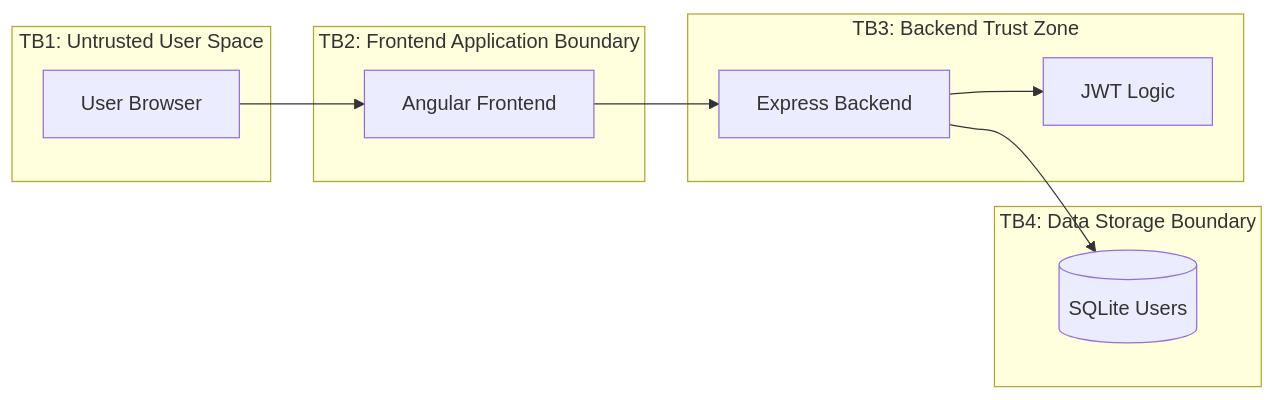
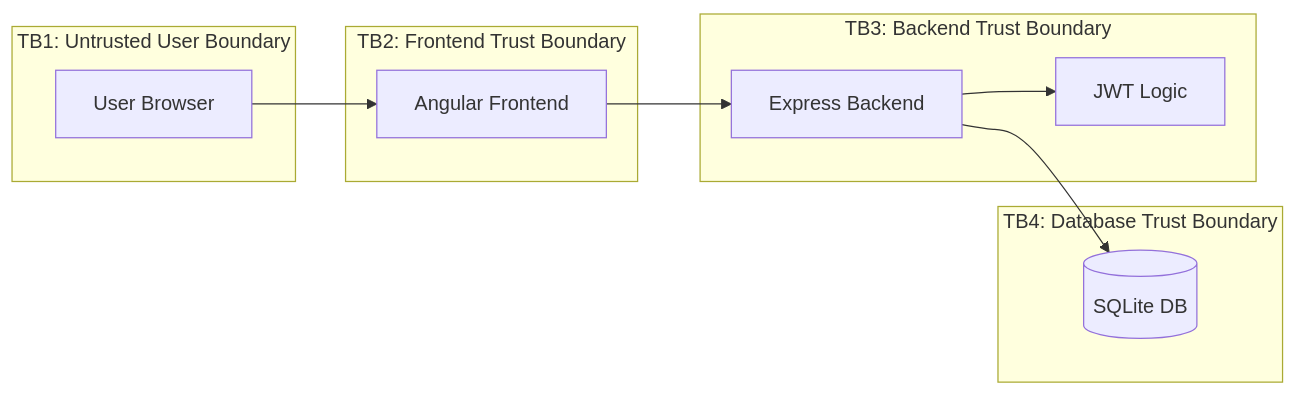
Before and after one commit to JosephJ12/CTF-Walkthroughs: the third of 3 diagrams in Cybersecurity-Portfolio/Threat Modeling - OWASP Juice Shop/README.md, drawn with Mermaid. The commit also changed other lines of this file, not shown here.

````diff
--- a/Cybersecurity-Portfolio/Threat Modeling - OWASP Juice Shop/README.md
+++ b/Cybersecurity-Portfolio/Threat Modeling - OWASP Juice Shop/README.md
@@ -84,24 +83,24 @@
 ```mermaid
 flowchart LR
-    subgraph TB1["TB1: Untrusted User Space"]
+    subgraph TB1["TB1: Untrusted User Boundary"]
         U[User Browser]
     end
 
-    subgraph TB2["TB2: Frontend Application Boundary"]
+    subgraph TB2["TB2: Frontend Trust Boundary"]
         FE[Angular Frontend]
     end
 
-    subgraph TB3["TB3: Backend Trust Zone"]
+    subgraph TB3["TB3: Backend Trust Boundary"]
         APP[Express Backend]
         JWT[JWT Logic]
     end
 
-    subgraph TB4["TB4: Data Storage Boundary"]
-        DB[(SQLite Users)]
+    subgraph TB4["TB4: Database Trust Boundary"]
+        DB[(SQLite DB)]
     end
 
     U --> FE
     FE --> APP
     APP --> JWT
     APP --> DB
 ```
````
